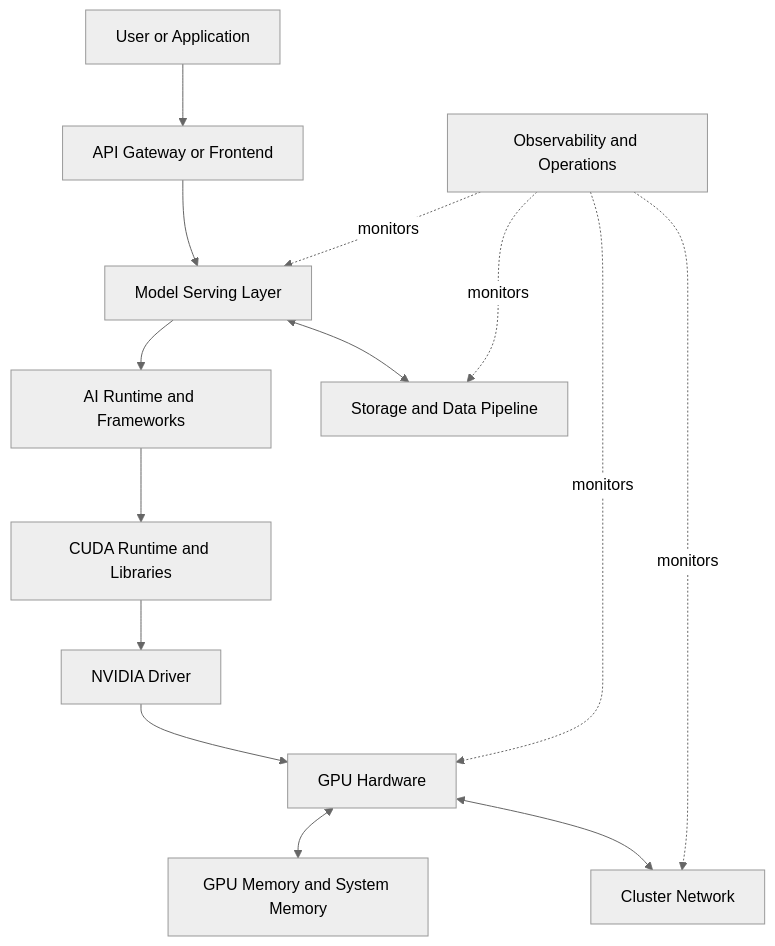
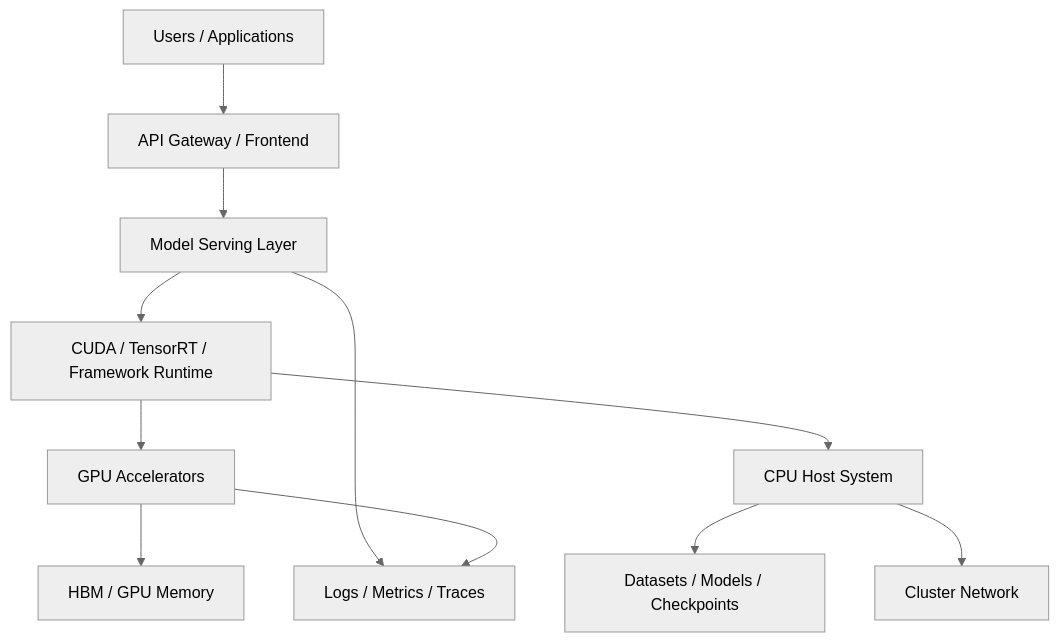
The first of 2 diagrams in docs/nvidia-zero-to-hero/volume-01/chapter-01-what-is-ai-infrastructure.md (jithinpnjm/nvidia-devops), drawn with Mermaid (neutral theme) before and after one commit. The commit also changed other lines of this file, not shown here.

````diff
--- a/docs/nvidia-zero-to-hero/volume-01/chapter-01-what-is-ai-infrastructure.md
+++ b/docs/nvidia-zero-to-hero/volume-01/chapter-01-what-is-ai-infrastructure.md
@@ -100,28 +50,13 @@
 ```mermaid
-flowchart TD
-    user[User or Application]
-    gateway[API Gateway or Frontend]
-    serving[Model Serving Layer]
-    runtime[AI Runtime and Frameworks]
-    cuda[CUDA Runtime and Libraries]
-    driver[NVIDIA Driver]
-    gpu[GPU Hardware]
-    memory[GPU Memory and System Memory]
-    network[Cluster Network]
-    storage[Storage and Data Pipeline]
-    observe[Observability and Operations]
-
-    user --> gateway
-    gateway --> serving
-    serving --> runtime
-    runtime --> cuda
-    cuda --> driver
-    driver --> gpu
-    gpu <--> memory
-    gpu <--> network
-    serving <--> storage
-    observe -. monitors .-> serving
-    observe -. monitors .-> gpu
-    observe -. monitors .-> network
-    observe -. monitors .-> storage
+flowchart TB
+    User[Users / Applications] --> Gateway[API Gateway / Frontend]
+    Gateway --> Serving[Model Serving Layer]
+    Serving --> Runtime[CUDA / TensorRT / Framework Runtime]
+    Runtime --> GPU[GPU Accelerators]
+    GPU --> Memory[HBM / GPU Memory]
+    Runtime --> CPU[CPU Host System]
+    CPU --> Storage[Datasets / Models / Checkpoints]
+    CPU --> Network[Cluster Network]
+    Serving --> Observability[Logs / Metrics / Traces]
+    GPU --> Observability
 ```
````
